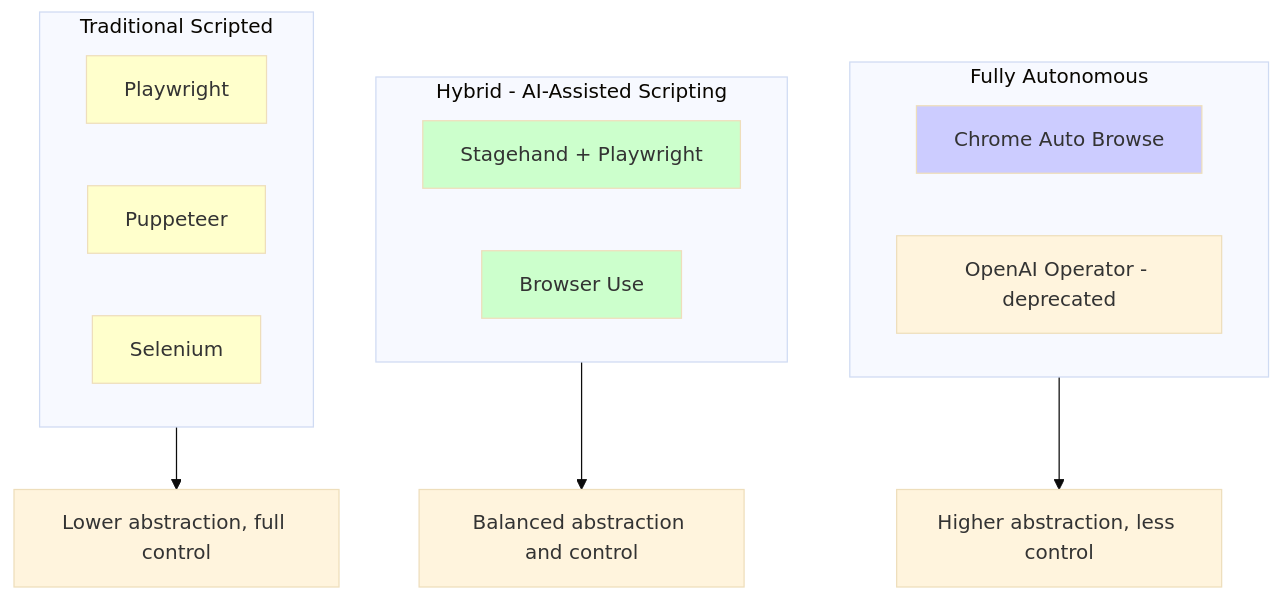
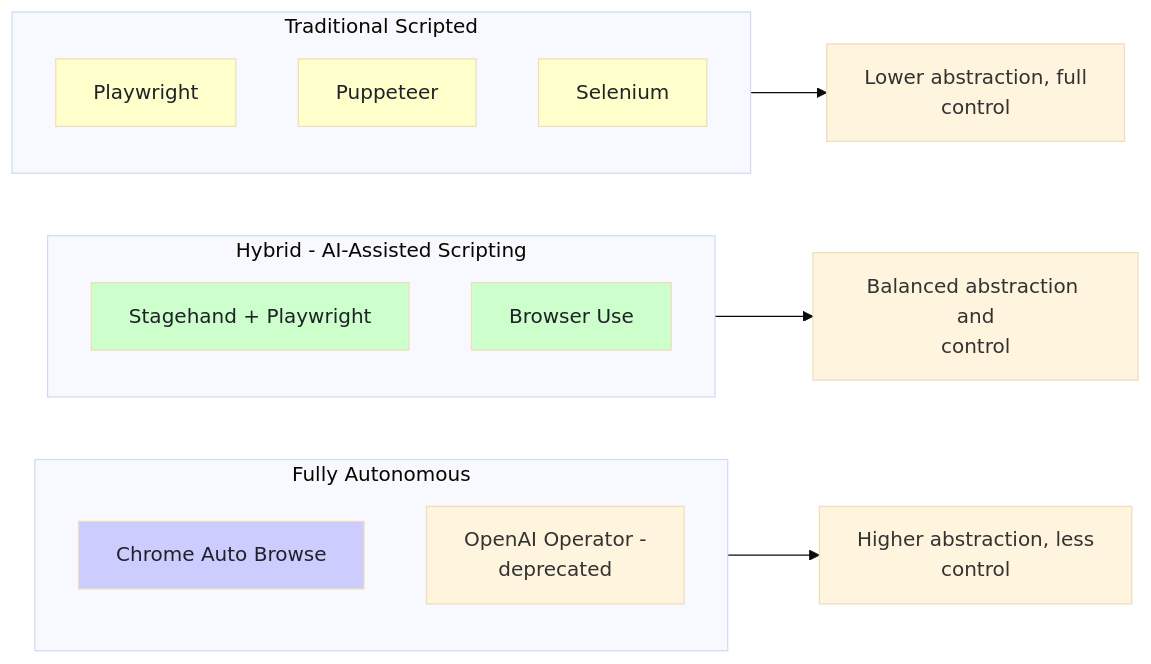
Before and after one commit to bytetunnels/bytetunnels.github.com: the second of 3 diagrams in _posts/2026-01-29-google-chrome-auto-browse-what-it-means-for-web-scraping.md, drawn with Mermaid (base theme). The commit also changed other lines of this file and 118 other files, not shown here.

Commit message:
feat: improve diagram styling and compact wide flowcharts

````diff
--- a/_posts/2026-01-29-google-chrome-auto-browse-what-it-means-for-web-scraping.md
+++ b/_posts/2026-01-29-google-chrome-auto-browse-what-it-means-for-web-scraping.md
@@ -147,29 +147,29 @@
 ```mermaid
-graph TD
+graph LR
     subgraph FA["Fully Autonomous"]
         A1["Chrome Auto Browse"]
-        A2["OpenAI Operator - deprecated"]
+        A2["OpenAI Operator -<br/>deprecated"]
     end
 
     subgraph HY["Hybrid - AI-Assisted Scripting"]
         B1["Stagehand + Playwright"]
         B2["Browser Use"]
     end
 
     subgraph TR["Traditional Scripted"]
         C1["Playwright"]
         C2["Puppeteer"]
         C3["Selenium"]
     end
 
-    FA --> D["Higher abstraction, less control"]
-    TR --> E["Lower abstraction, full control"]
-    HY --> F["Balanced abstraction and control"]
+    FA --> D["Higher abstraction, less<br/>control"]
+    TR --> E["Lower abstraction, full<br/>control"]
+    HY --> F["Balanced abstraction and<br/>control"]
 
-    style A1 fill:#ccccff
-    style B1 fill:#ccffcc
-    style B2 fill:#ccffcc
-    style C1 fill:#ffffcc
-    style C2 fill:#ffffcc
-    style C3 fill:#ffffcc
+    style A1 fill:#ccccff,color:#1f2328
+    style B1 fill:#ccffcc,color:#1f2328
+    style B2 fill:#ccffcc,color:#1f2328
+    style C1 fill:#ffffcc,color:#1f2328
+    style C2 fill:#ffffcc,color:#1f2328
+    style C3 fill:#ffffcc,color:#1f2328
 ```
````
